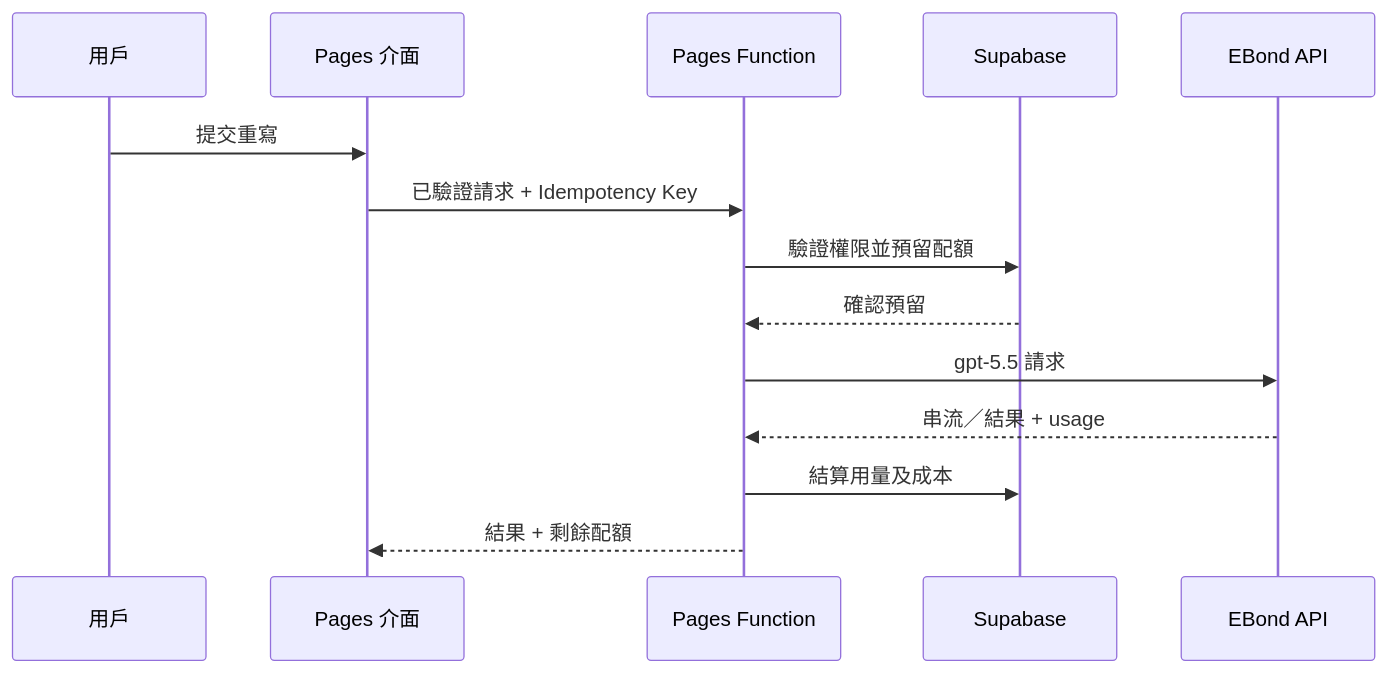
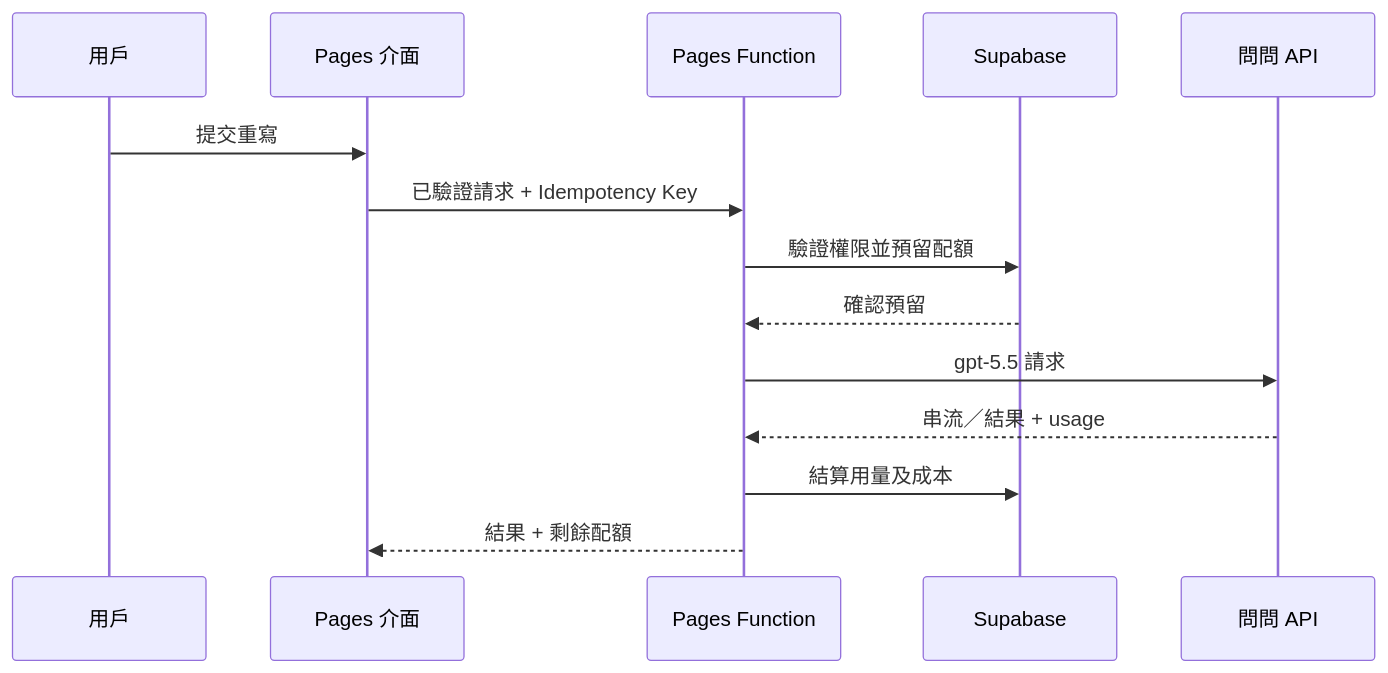
The diagram in docs/prd/backend-membership-prd.md (widecyruschan/claude-watermark-guide), drawn with Mermaid before and after one commit. The commit also changed other lines of this file and 23 other files, not shown here.

````diff
--- a/docs/prd/backend-membership-prd.md
+++ b/docs/prd/backend-membership-prd.md
@@ -217,17 +217,17 @@
 ```mermaid
 sequenceDiagram
     participant U as 用戶
     participant P as Pages 介面
     participant F as Pages Function
     participant D as Supabase
-    participant E as EBond API
+    participant E as 問問 API
 
     U->>P: 提交重寫
     P->>F: 已驗證請求 + Idempotency Key
     F->>D: 驗證權限並預留配額
     D-->>F: 確認預留
     F->>E: gpt-5.5 請求
     E-->>F: 串流／結果 + usage
     F->>D: 結算用量及成本
     F-->>P: 結果 + 剩餘配額
 ```
````
